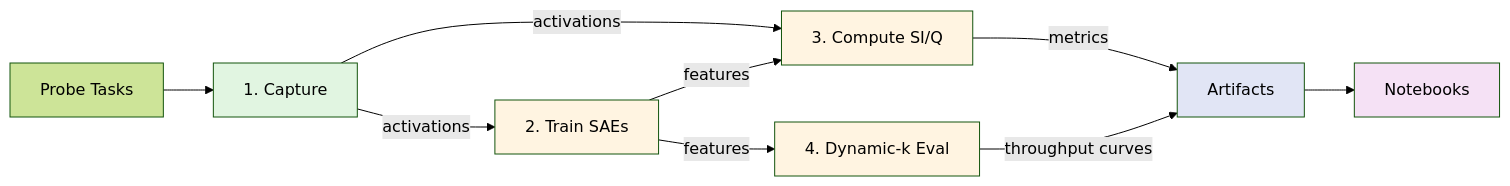
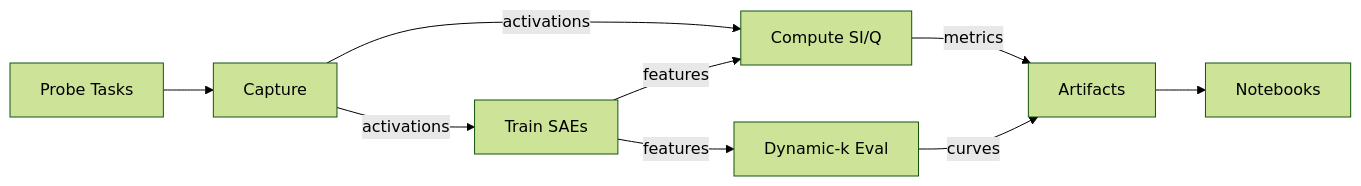
Before and after one commit to wasim/scaling-specialization-dense-lms: the diagram in docs/SOLUTION_ARCHITECTURE.md, drawn with Mermaid (forest theme). The commit also changed other lines of this file and 1 other file, not shown here.

````diff
--- a/docs/SOLUTION_ARCHITECTURE.md
+++ b/docs/SOLUTION_ARCHITECTURE.md
@@ -10,18 +5,11 @@
 ```mermaid
 flowchart LR
-    A[Probe Tasks] --> B[1. Capture]
-    B -->|activations| C[2. Train SAEs]
-    B -->|activations| D[3. Compute SI/Q]
+    A[Probe Tasks] --> B[Capture]
+    B -->|activations| C[Train SAEs]
+    B -->|activations| D[Compute SI/Q]
     C -->|features| D
-    C -->|features| E[4. Dynamic-k Eval]
+    C -->|features| E[Dynamic-k Eval]
     D -->|metrics| F[Artifacts]
-    E -->|throughput curves| F
+    E -->|curves| F
     F --> G[Notebooks]
-    
-    style B fill:#e1f5e1
-    style C fill:#fff4e1
-    style D fill:#fff4e1
-    style E fill:#fff4e1
-    style F fill:#e1e5f5
-    style G fill:#f5e1f5
 ```
````
